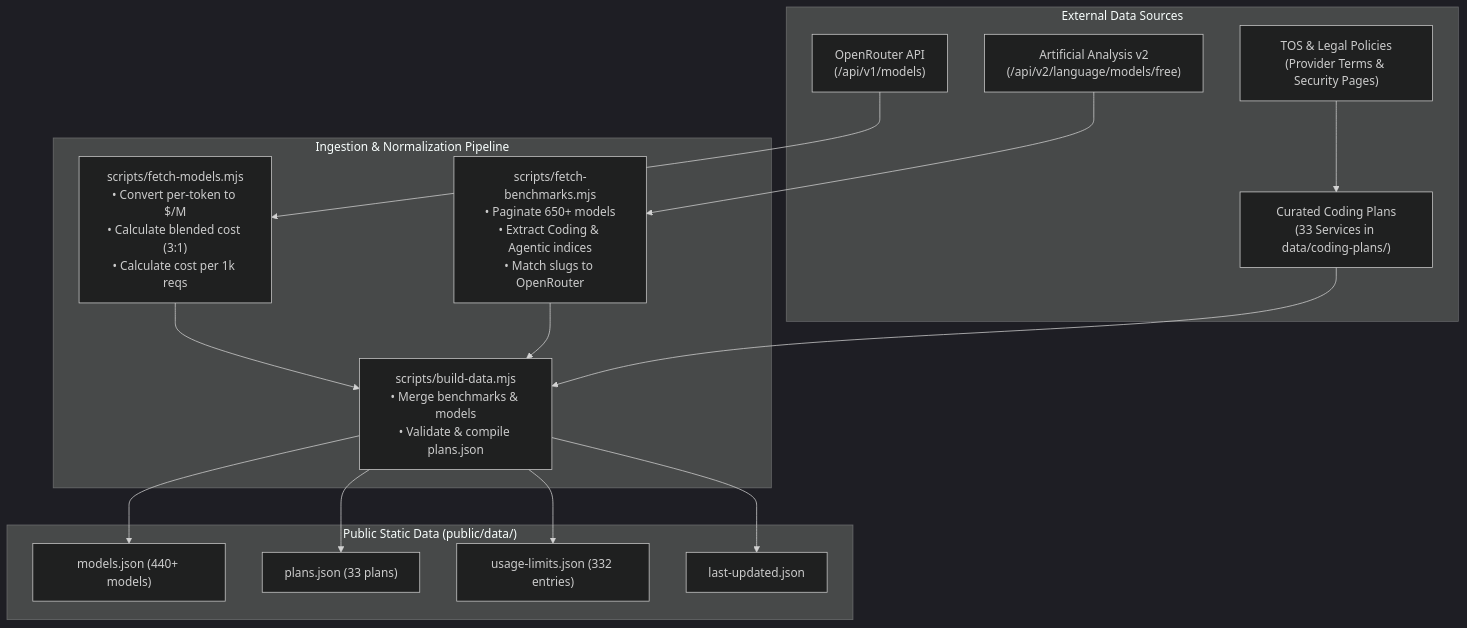
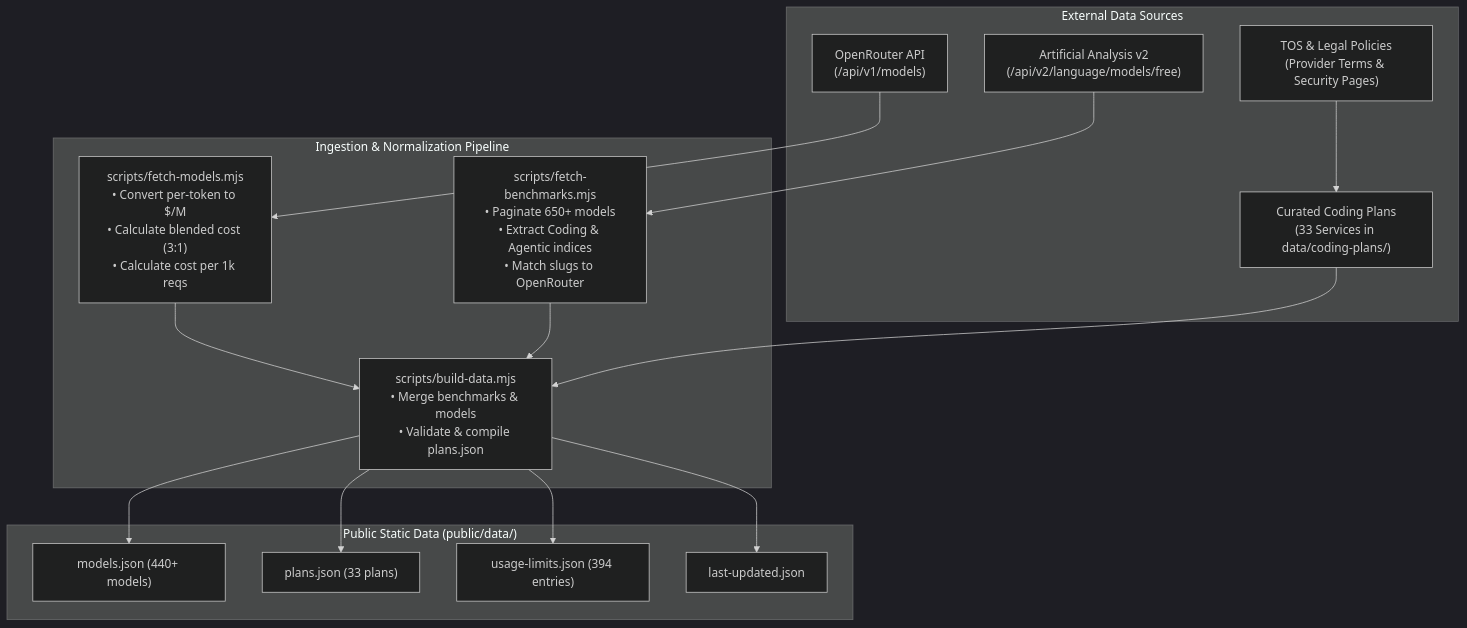
One commit to Heretek-AI/Token-Max changed the diagram in docs/DATA_SOURCES.md. Above: the diagram before and after it, drawn with Mermaid (dark theme). The commit also changed other lines of this file and 12 other files, not shown here.

Commit message:
docs: update agent files, documentation, and tracking sources for usage-limits export and plan audits

````diff
--- a/docs/DATA_SOURCES.md
+++ b/docs/DATA_SOURCES.md
@@ -24,33 +24,33 @@
 ```mermaid
 flowchart TD
     subgraph DataSources["External Data Sources"]
         OR["OpenRouter API<br/>(/api/v1/models)"]
         AA["Artificial Analysis v2<br/>(/api/v2/language/models/free)"]
         CP["Curated Coding Plans<br/>(33 Services in data/coding-plans/)"]
         TOS["TOS & Legal Policies<br/>(Provider Terms & Security Pages)"]
     end
 
     subgraph Pipeline["Ingestion & Normalization Pipeline"]
         FM["scripts/fetch-models.mjs<br/>• Convert per-token to $/M<br/>• Calculate blended cost (3:1)<br/>• Calculate cost per 1k reqs"]
         FA["scripts/fetch-benchmarks.mjs<br/>• Paginate 650+ models<br/>• Extract Coding & Agentic indices<br/>• Match slugs to OpenRouter"]
         BD["scripts/build-data.mjs<br/>• Merge benchmarks & models<br/>• Validate & compile plans.json"]
     end
 
     subgraph Outputs["Public Static Data (public/data/)"]
         M["models.json (440+ models)"]
         P["plans.json (33 plans)"]
-        U["usage-limits.json (332 entries)"]
+        U["usage-limits.json (394 entries)"]
         L["last-updated.json"]
     end
 
     OR --> FM
     AA --> FA
     FM --> BD
     FA --> BD
     CP --> BD
     TOS --> CP
     BD --> M
     BD --> P
     BD --> U
     BD --> L
 ```
````
